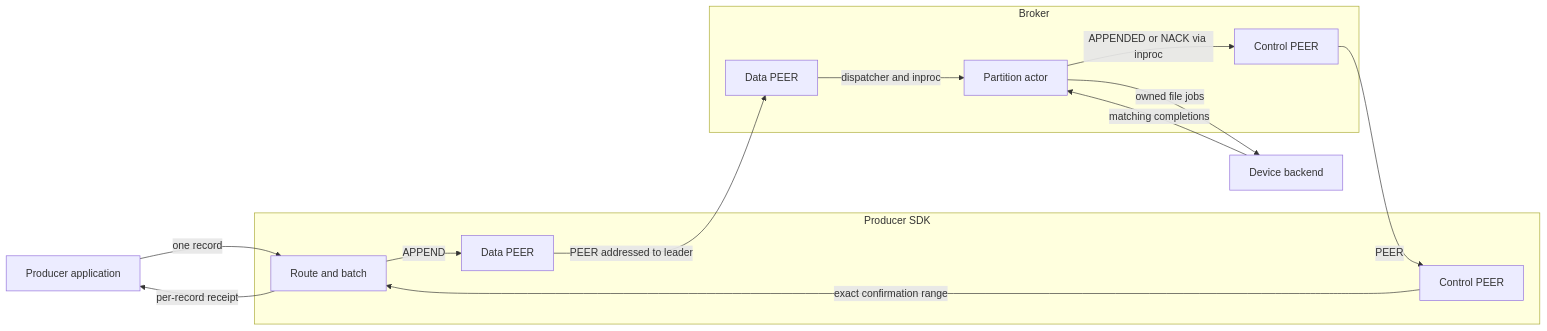
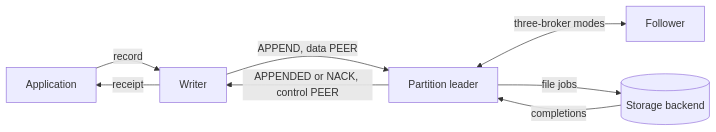
One commit to paddor/ozzy changed the first of 2 diagrams in doc/OVERVIEW.md. Above: the diagram before and after it, drawn with Mermaid. The commit also changed other lines of this file and 801 other files, not shown here.

First line of the commit message:
Refactor storage, runtime, and SDK owners; rewrite the docs

````diff
--- a/doc/OVERVIEW.md
+++ b/doc/OVERVIEW.md
@@ -44,25 +95,10 @@
 ```mermaid
 flowchart LR
-    A[Producer application]
-    subgraph SDK[Producer SDK]
-        W[Route and batch]
-        SD[Data PEER]
-        SC[Control PEER]
-    end
-    subgraph B[Broker]
-        BD[Data PEER]
-        BC[Control PEER]
-        P[Partition actor]
-    end
-    IO[Device backend]
-    A -->|one record| W
-    W -->|APPEND| SD
-    SD -->|PEER addressed to leader| BD
-    BD -->|dispatcher and inproc| P
-    P -->|owned file jobs| IO
-    IO -->|matching completions| P
-    P -->|APPENDED or NACK via inproc| BC
-    BC -->|PEER| SC
-    SC -->|exact confirmation range| W
-    W -->|per-record receipt| A
+    A[Application] -->|record| W[Writer]
+    W -->|APPEND, data PEER| L[Partition leader]
+    L <-->|three-broker modes| F[Follower]
+    L -->|file jobs| S[(Storage backend)]
+    S -->|completions| L
+    L -->|APPENDED or NACK, control PEER| W
+    W -->|receipt| A
 ```
````
